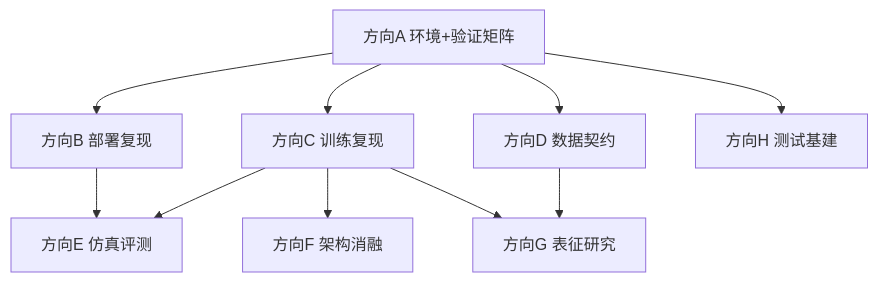
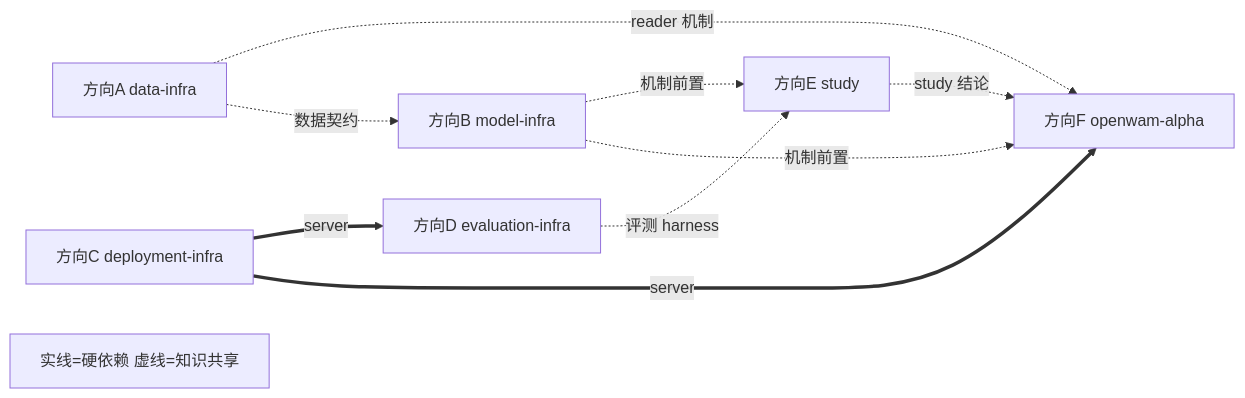
The diagram in OpenWAM任务书/README.md (sasasatori/kaiyuan), drawn with Mermaid before and after one commit. The commit also changed other lines of this file and 16 other files, not shown here.

````diff
--- a/OpenWAM任务书/README.md
+++ b/OpenWAM任务书/README.md
@@ -61,12 +51,12 @@
 ```mermaid
-flowchart TD
-    A[方向A 环境+验证矩阵] --> B[方向B 部署复现]
-    A --> C[方向C 训练复现]
-    A --> D[方向D 数据契约]
-    B --> E[方向E 仿真评测]
-    C --> E
-    C --> F[方向F 架构消融]
-    C --> G[方向G 表征研究]
-    D --> G
-    A --> H[方向H 测试基建]
+flowchart LR
+    A[方向A data-infra] -. reader 机制 .-> F[方向F openwam-alpha]
+    B[方向B model-infra] -. 机制前置 .-> E[方向E study]
+    C[方向C deployment-infra] == server ==> D[方向D evaluation-infra]
+    C == server ==> F
+    D -. 评测 harness .-> E
+    E -. study 结论 .-> F
+    B -. 机制前置 .-> F
+    A -. 数据契约 .-> B
+    note[实线=硬依赖 虚线=知识共享]
 ```
````
